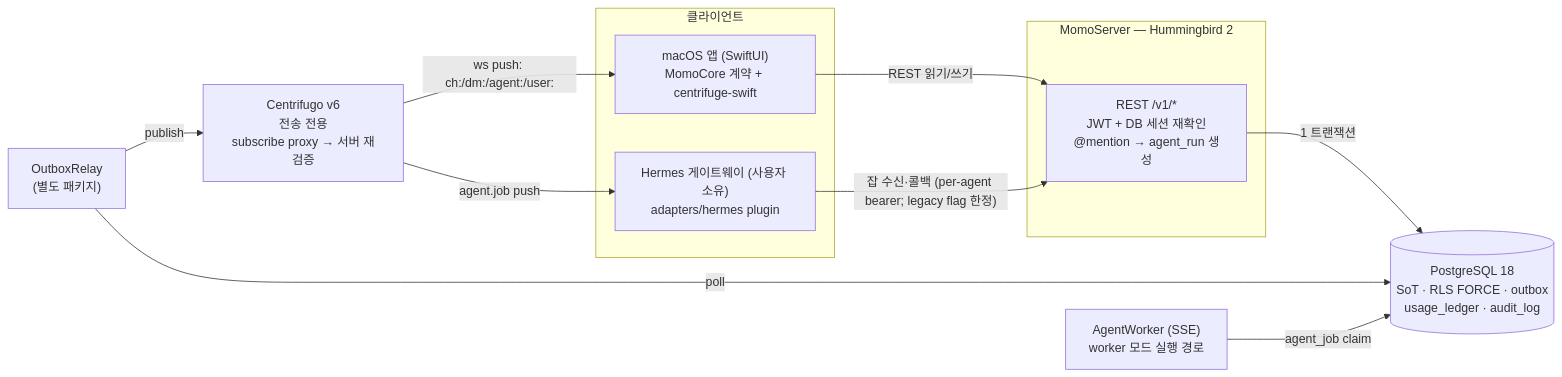
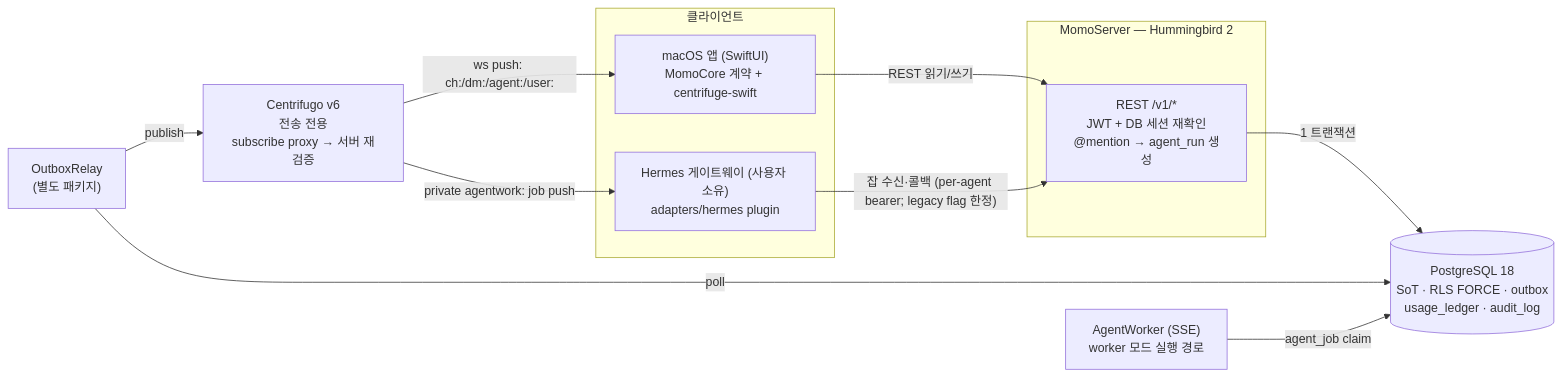
One commit to yeomyeonggeori/oort changed the first of 3 diagrams in docs/architecture/overview.md. Above: the diagram before and after it, drawn with Mermaid. The commit also changed other lines of this file and 33 other files, not shown here.

````diff
--- a/docs/architecture/overview.md
+++ b/docs/architecture/overview.md
@@ -17,23 +17,23 @@
 ```mermaid
 flowchart LR
     subgraph clients [클라이언트]
         MAC["macOS 앱 (SwiftUI)<br/>MomoCore 계약 + centrifuge-swift"]
         HG["Hermes 게이트웨이 (사용자 소유)<br/>adapters/hermes plugin"]
     end
     subgraph server [MomoServer — Hummingbird 2]
         API["REST /v1/*<br/>JWT + DB 세션 재확인<br/>@mention → agent_run 생성"]
     end
     PG[("PostgreSQL 18<br/>SoT · RLS FORCE · outbox<br/>usage_ledger · audit_log")]
     RELAY["OutboxRelay<br/>(별도 패키지)"]
     CENT["Centrifugo v6<br/>전송 전용<br/>subscribe proxy → 서버 재검증"]
     AW["AgentWorker (SSE)<br/>worker 모드 실행 경로"]
 
     MAC -->|REST 읽기/쓰기| API
         HG -->|"잡 수신·콜백 (per-agent bearer; legacy flag 한정)"| API
     API -->|1 트랜잭션| PG
     RELAY -->|poll| PG
     RELAY -->|publish| CENT
     CENT -->|"ws push: ch:/dm:/agent:/user:"| MAC
-    CENT -->|agent.job push| HG
+    CENT -->|"private agentwork: job push"| HG
     AW -->|agent_job claim| PG
 ```
````
